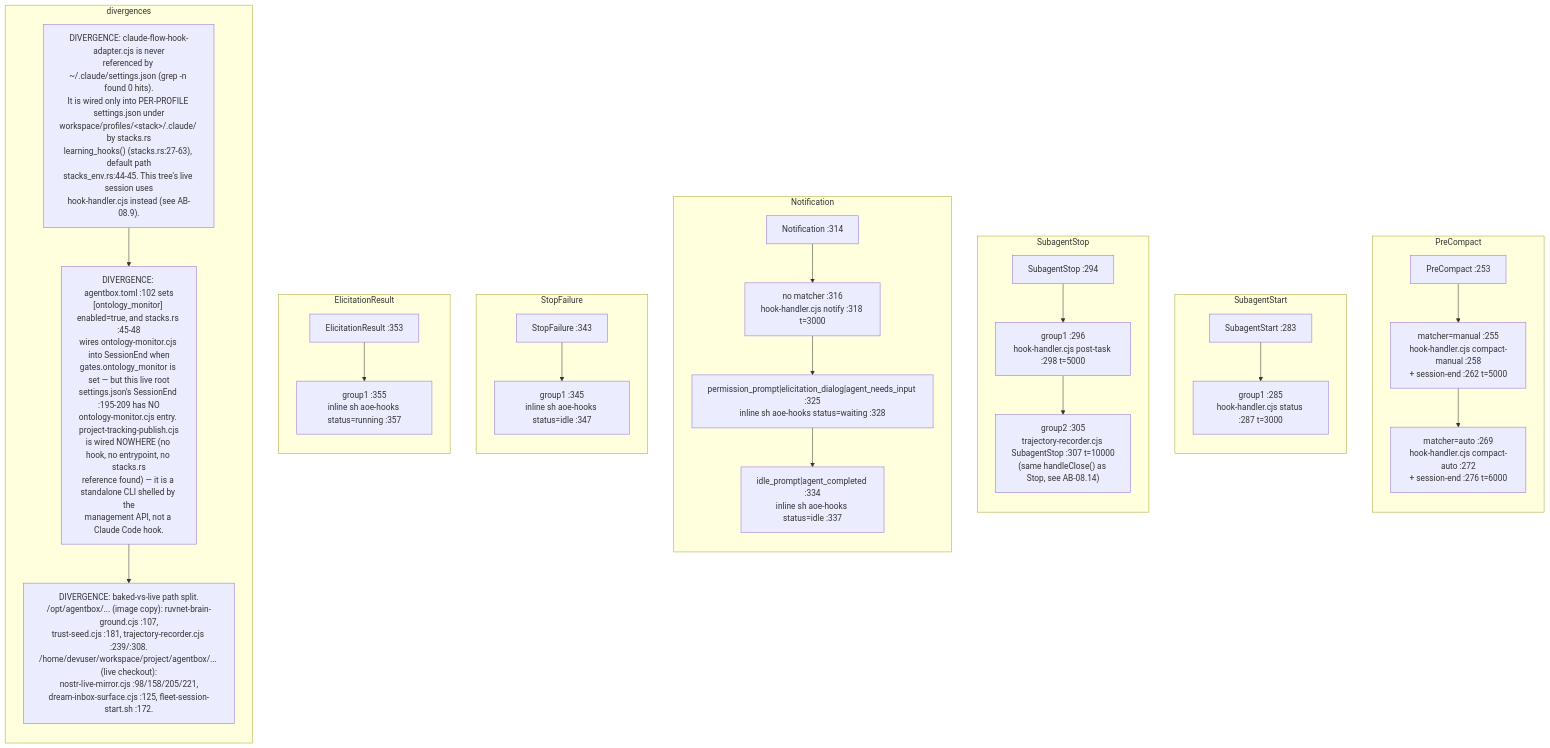
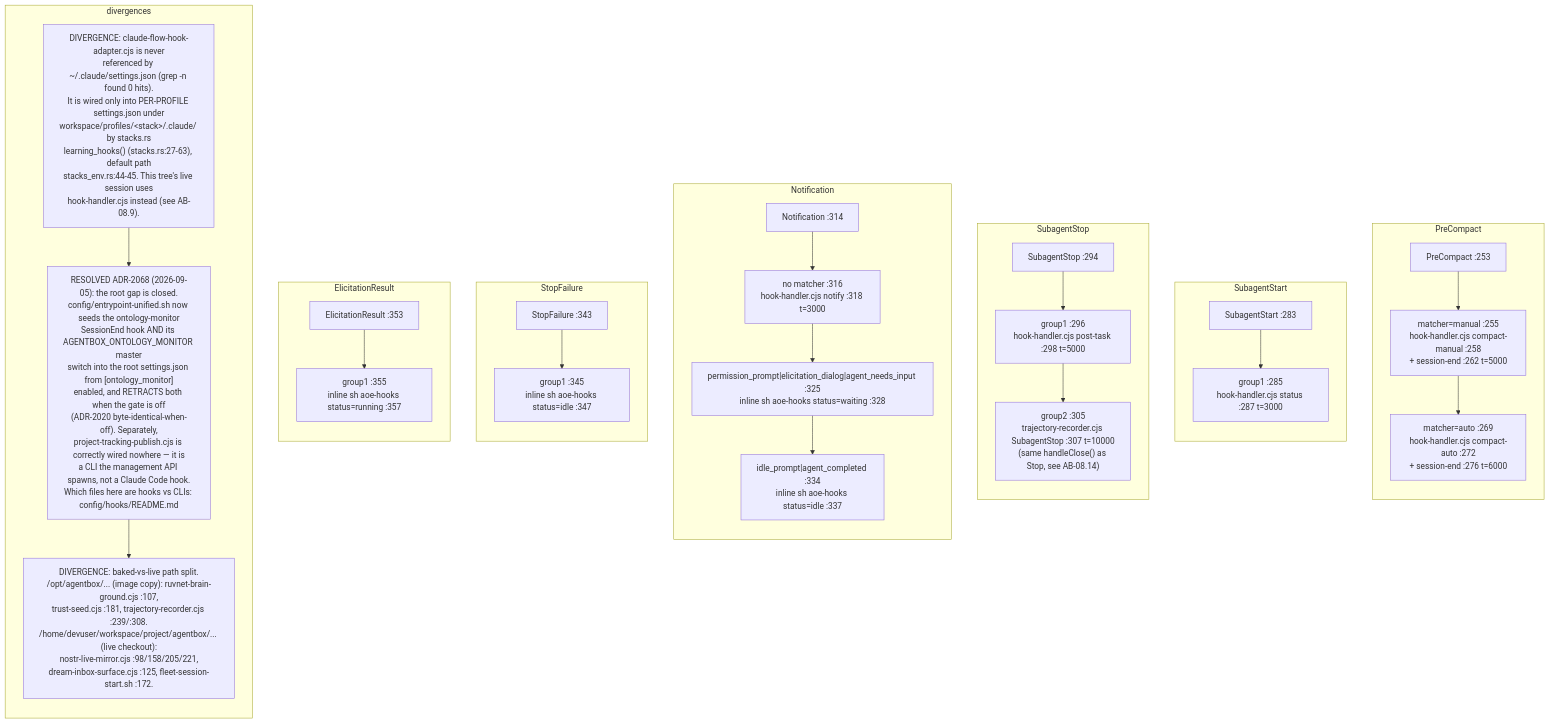
Before and after one commit to DreamLab-AI/AR-AI-Knowledge-Graph: the second of 14 diagrams in docs/diagrams/agentbox/08-hooks-pipeline.md, drawn with Mermaid. The commit also changed other lines of this file and 172 other files, not shown here.

````diff
--- a/docs/diagrams/agentbox/08-hooks-pipeline.md
+++ b/docs/diagrams/agentbox/08-hooks-pipeline.md
@@ -82,50 +89,50 @@
 ```mermaid
 flowchart TB
     subgraph PCG["PreCompact"]
     direction TB
     PC0["PreCompact :253"]
     PC1["matcher=manual :255<br/>hook-handler.cjs compact-manual :258<br/>+ session-end :262 t=5000"]
     PC2["matcher=auto :269<br/>hook-handler.cjs compact-auto :272<br/>+ session-end :276 t=6000"]
     PC0 --> PC1 --> PC2
     end
     subgraph SASG["SubagentStart"]
     direction TB
     SAS0["SubagentStart :283"]
     SAS1["group1 :285<br/>hook-handler.cjs status :287 t=3000"]
     SAS0 --> SAS1
     end
     subgraph SASTG["SubagentStop"]
     direction TB
     SAST0["SubagentStop :294"]
     SAST1["group1 :296<br/>hook-handler.cjs post-task :298 t=5000"]
     SAST2["group2 :305<br/>trajectory-recorder.cjs SubagentStop :307 t=10000<br/>#40;same handleClose#40;#41; as Stop, see AB-08.14#41;"]
     SAST0 --> SAST1 --> SAST2
     end
     subgraph NG["Notification"]
     direction TB
     N0["Notification :314"]
     N1["no matcher :316<br/>hook-handler.cjs notify :318 t=3000"]
     N2["permission_prompt#124;elicitation_dialog#124;agent_needs_input :325<br/>inline sh aoe-hooks status=waiting :328"]
     N3["idle_prompt#124;agent_completed :334<br/>inline sh aoe-hooks status=idle :337"]
     N0 --> N1 --> N2 --> N3
     end
     subgraph SFG["StopFailure"]
     direction TB
     SF0["StopFailure :343"]
     SF1["group1 :345<br/>inline sh aoe-hooks status=idle :347"]
     SF0 --> SF1
     end
     subgraph ERG["ElicitationResult"]
     direction TB
     ER0["ElicitationResult :353"]
     ER1["group1 :355<br/>inline sh aoe-hooks status=running :357"]
     ER0 --> ER1
     end
     subgraph DIVG["divergences"]
     direction TB
     DIV1["DIVERGENCE: claude-flow-hook-adapter.cjs is never<br/>referenced by ~/.claude/settings.json #40;grep -n found 0 hits#41;.<br/>It is wired only into PER-PROFILE settings.json under<br/>workspace/profiles/#60;stack#62;/.claude/ by stacks.rs<br/>learning_hooks#40;#41; #40;stacks.rs:27-63#41;, default path<br/>stacks_env.rs:44-45. This tree's live session uses<br/>hook-handler.cjs instead #40;see AB-08.9#41;."]
-    DIV2["DIVERGENCE: agentbox.toml :102 sets<br/>#91;ontology_monitor#93; enabled=true, and stacks.rs :45-48<br/>wires ontology-monitor.cjs into SessionEnd when<br/>gates.ontology_monitor is set — but this live root<br/>settings.json's SessionEnd :195-209 has NO<br/>ontology-monitor.cjs entry. project-tracking-publish.cjs<br/>is wired NOWHERE #40;no hook, no entrypoint, no stacks.rs<br/>reference found#41; — it is a standalone CLI shelled by the<br/>management API, not a Claude Code hook."]
+    DIV2["RESOLVED ADR-2068 #40;2026-09-05#41;: the root gap is closed.<br/>config/entrypoint-unified.sh now seeds the ontology-monitor<br/>SessionEnd hook AND its AGENTBOX_ONTOLOGY_MONITOR master<br/>switch into the root settings.json from #91;ontology_monitor#93;<br/>enabled, and RETRACTS both when the gate is off<br/>#40;ADR-2020 byte-identical-when-off#41;. Separately,<br/>project-tracking-publish.cjs is correctly wired nowhere — it is<br/>a CLI the management API spawns, not a Claude Code hook.<br/>Which files here are hooks vs CLIs: config/hooks/README.md"]
     DIV3["DIVERGENCE: baked-vs-live path split.<br/>#47;opt#47;agentbox#47;... #40;image copy#41;: ruvnet-brain-ground.cjs :107,<br/>trust-seed.cjs :181, trajectory-recorder.cjs :239/:308.<br/>#47;home#47;devuser#47;workspace#47;project#47;agentbox#47;... #40;live checkout#41;:<br/>nostr-live-mirror.cjs :98/158/205/221,<br/>dream-inbox-surface.cjs :125, fleet-session-start.sh :172."]
     DIV1 --> DIV2 --> DIV3
     end
 ```
````
